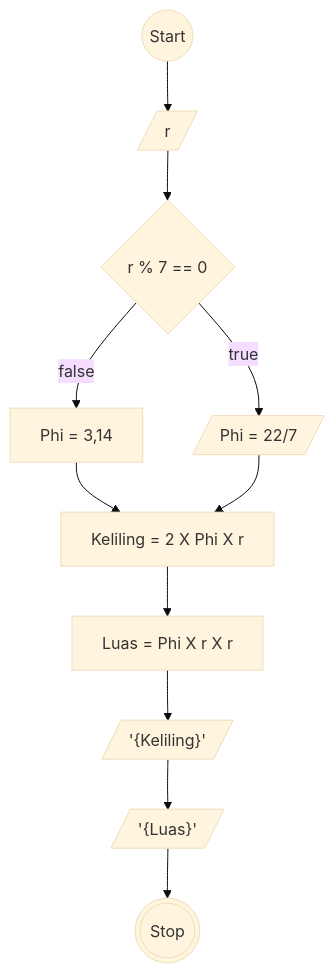
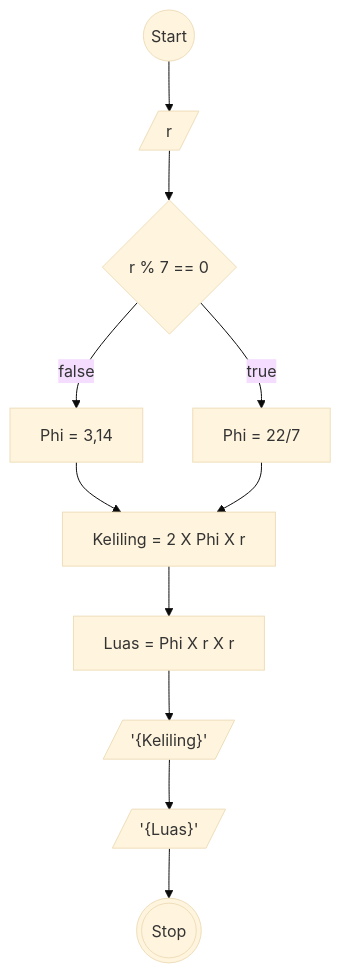
The diagram in Menghitung_luas&keliling.md (almarufh/Koda-B8-Algoritma), drawn with Mermaid (base theme) before and after one commit. The commit also changed other lines of this file, not shown here.

````diff
--- a/Menghitung_luas&keliling.md
+++ b/Menghitung_luas&keliling.md
@@ -21,25 +21,25 @@
 ```mermaid
 flowchart TD
 A@{ shape: circle, label: "Start" }
 B@{ shape: lean-r, label: "r" }
 C@{ shape: diamond, label: "r % 7 == 0" }
 E@{ shape: rect, label: "Keliling = 2 X Phi X r"}
 F@{ shape: rect, label: "Luas = Phi X r X r"}
 H@{ shape: rect, label: "Phi = 3,14"}
 I@{ shape: lean-r, label: "'{Luas}'" }
 J@{ shape: lean-r, label: "'{Keliling}'" }
 K@{ shape: dbl-circ, label: "Stop"}
-L@{ shape: lean-r, label: "Phi = 22/7" }
+L@{ shape: rect, label: "Phi = 22/7" }
 
 A --> B
 B --> C
 C --true--> L
 C --false--> H
 H --> E
 L --> E
 E --> F
 F --> J
 J --> I
 I --> K
 
 ```
````
